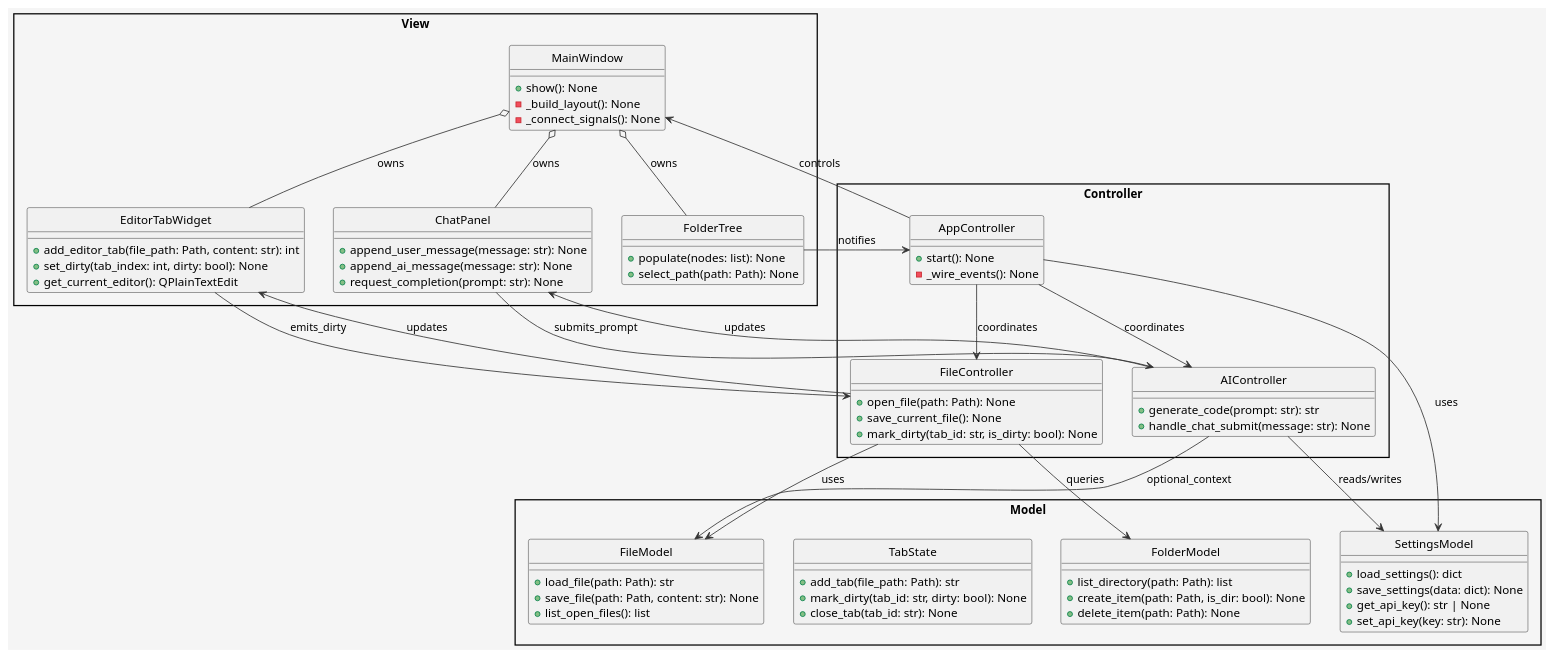
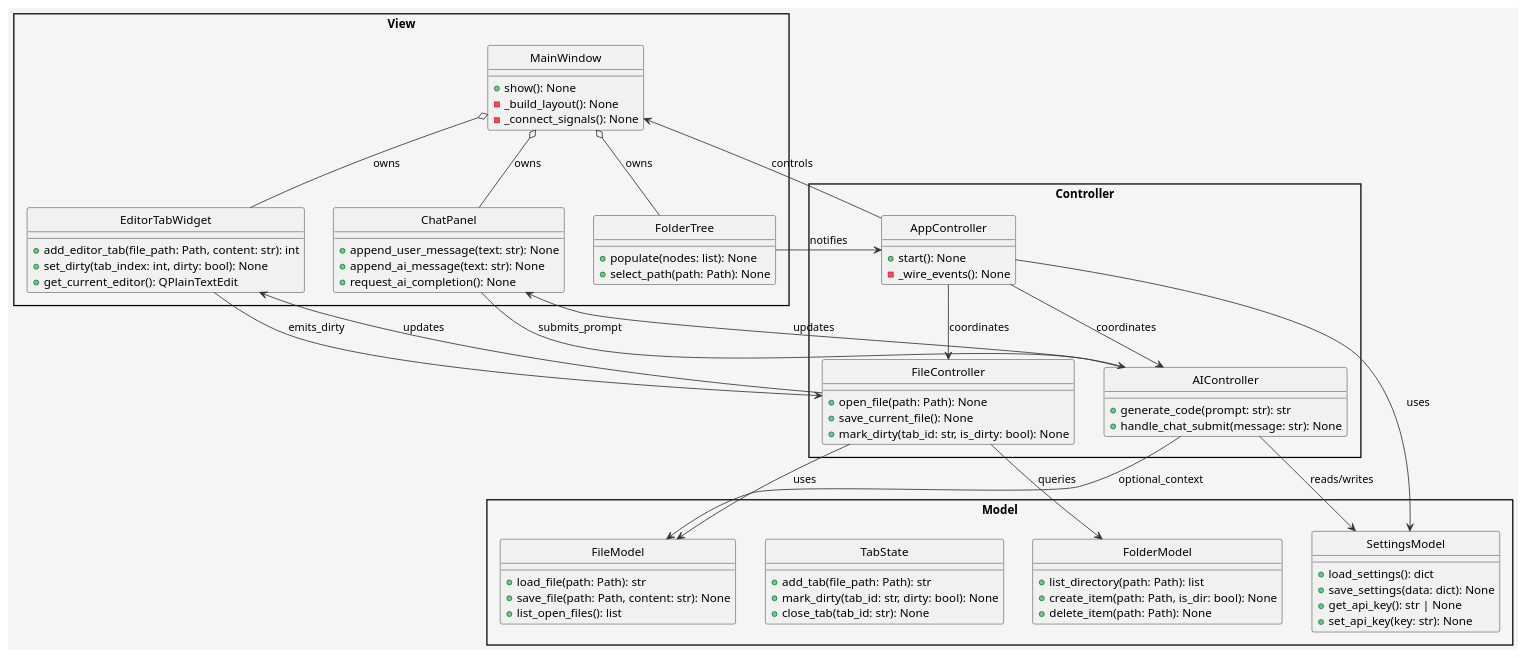
Before and after one commit to tt2tt/my_editor: the diagram in design/architecture.puml, drawn with PlantUML. The commit also changed 4 other files, not shown here.

```diff
--- a/design/architecture.puml
+++ b/design/architecture.puml
@@ -1,101 +1,101 @@
 @startuml ArchitectureDiagram
 ' MVC構造のクラス図。ControllerがModelとView間の仲介を行う。
 skinparam style strictuml
 skinparam packageStyle rectangle
 skinparam backgroundColor #f5f5f5
 skinparam ArrowColor #333333
 skinparam ArrowThickness 1
 skinparam defaultTextAlignment center
 
 package "Model" {
   class FileModel {
     +load_file(path: Path): str
     +save_file(path: Path, content: str): None
     +list_open_files(): list
   }
 
   class FolderModel {
     +list_directory(path: Path): list
     +create_item(path: Path, is_dir: bool): None
     +delete_item(path: Path): None
   }
 
   class TabState {
     +add_tab(file_path: Path): str
     +mark_dirty(tab_id: str, dirty: bool): None
     +close_tab(tab_id: str): None
   }
 
   class SettingsModel {
     +load_settings(): dict
     +save_settings(data: dict): None
     +get_api_key(): str | None
     +set_api_key(key: str): None
   }
 }
 
 package "View" {
   class MainWindow {
     +show(): None
     -_build_layout(): None
     -_connect_signals(): None
   }
 
   class EditorTabWidget {
     +add_editor_tab(file_path: Path, content: str): int
     +set_dirty(tab_index: int, dirty: bool): None
     +get_current_editor(): QPlainTextEdit
   }
 
   class FolderTree {
     +populate(nodes: list): None
     +select_path(path: Path): None
   }
 
   class ChatPanel {
-    +append_user_message(message: str): None
-    +append_ai_message(message: str): None
-    +request_completion(prompt: str): None
+    +append_user_message(text: str): None
+    +append_ai_message(text: str): None
+    +request_ai_completion(): None
   }
 }
 
 package "Controller" {
   class AppController {
     +start(): None
     -_wire_events(): None
   }
 
   class FileController {
     +open_file(path: Path): None
     +save_current_file(): None
     +mark_dirty(tab_id: str, is_dirty: bool): None
   }
 
   class AIController {
     +generate_code(prompt: str): str
     +handle_chat_submit(message: str): None
   }
 }
 
 AppController --> MainWindow : controls
 AppController --> FileController : coordinates
 AppController --> AIController : coordinates
 AppController --> SettingsModel : uses
 
 FileController --> FileModel : uses
 FileController --> EditorTabWidget : updates
 FileController --> FolderModel : queries
 
 AIController --> ChatPanel : updates
 AIController --> SettingsModel : reads/writes
 AIController --> FileModel : optional_context
 
 MainWindow o-- EditorTabWidget : owns
 MainWindow o-- FolderTree : owns
 MainWindow o-- ChatPanel : owns
 
 FolderTree --> AppController : notifies
 EditorTabWidget --> FileController : emits_dirty
 ChatPanel --> AIController : submits_prompt
 
 @enduml
```
